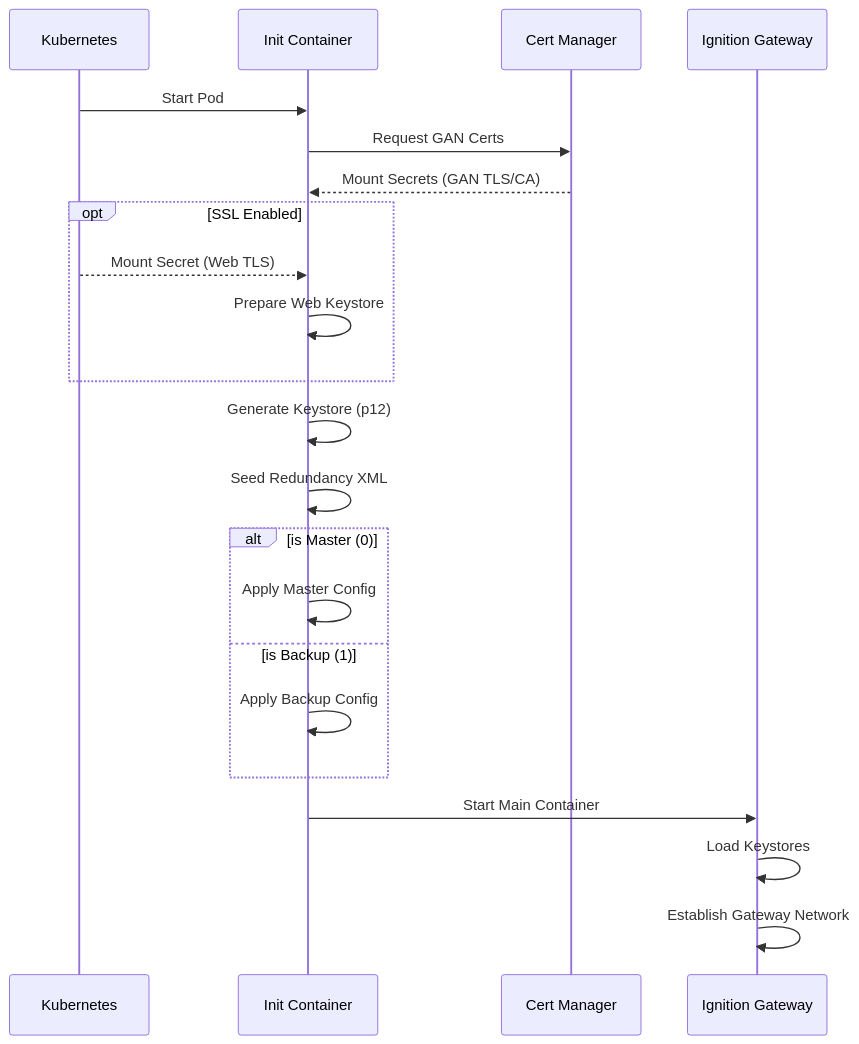
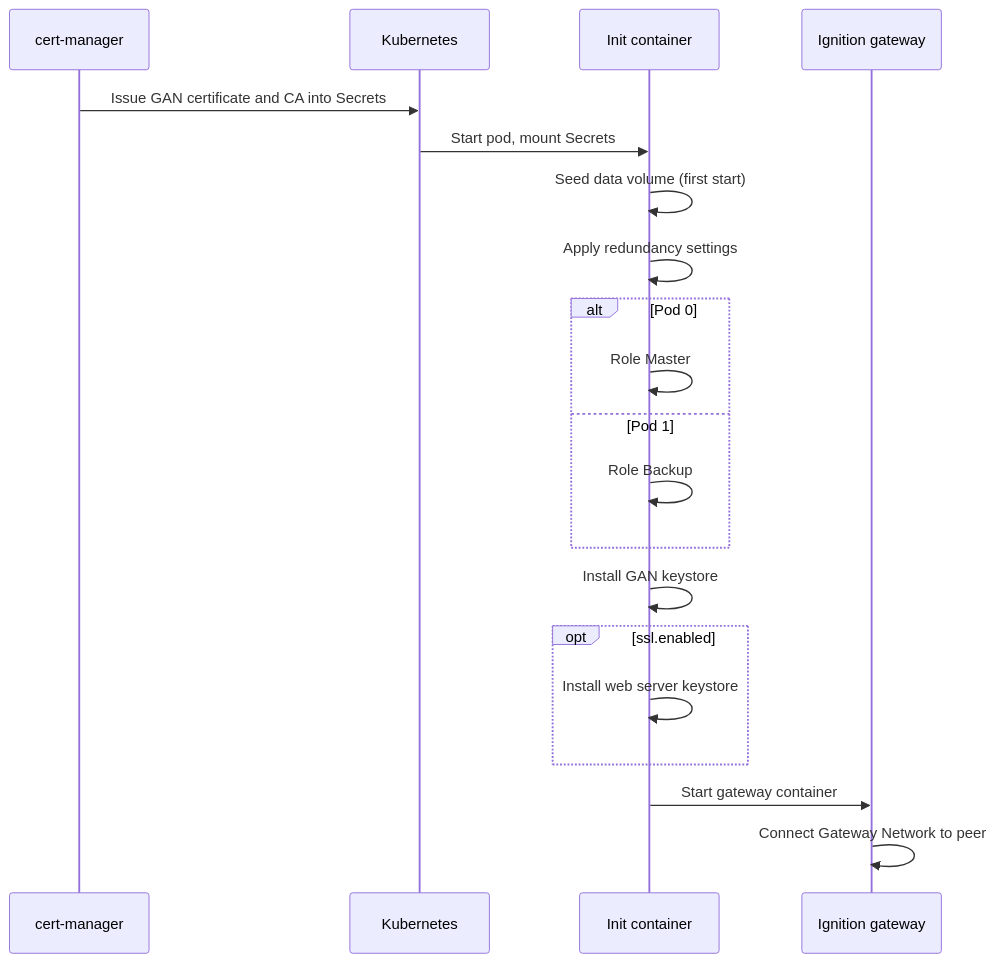
The diagram in webpage/src/content/docs/charts/failover.md (Apollogeddon/ignition-helm), drawn with Mermaid before and after one commit. The commit also changed other lines of this file and 24 other files, not shown here.

First line of the commit message:
docs: correct and tidy the README, chart docs, examples and site

````diff
--- a/webpage/src/content/docs/charts/failover.md
+++ b/webpage/src/content/docs/charts/failover.md
@@ -14,27 +14,23 @@
 ```mermaid
 sequenceDiagram
+    participant Certs as cert-manager
     participant K8s as Kubernetes
-    participant Init as Init Container
-    participant Certs as Cert Manager
-    participant Ignition as Ignition Gateway
-    
-    K8s->>Init: Start Pod
-    Init->>Certs: Request GAN Certs
-    Certs-->>Init: Mount Secrets (GAN TLS/CA)
-    opt SSL Enabled
-        K8s-->>Init: Mount Secret (Web TLS)
-        Init->>Init: Prepare Web Keystore
+    participant Init as Init container
+    participant Ignition as Ignition gateway
+
+    Certs->>K8s: Issue GAN certificate and CA into Secrets
+    K8s->>Init: Start pod, mount Secrets
+    Init->>Init: Seed data volume (first start)
+    Init->>Init: Apply redundancy settings
+    alt Pod 0
+        Init->>Init: Role Master
+    else Pod 1
+        Init->>Init: Role Backup
     end
-    Init->>Init: Generate Keystore (p12)
-    Init->>Init: Seed Redundancy XML
-    
-    alt is Master (0)
-        Init->>Init: Apply Master Config
-    else is Backup (1)
-        Init->>Init: Apply Backup Config
+    Init->>Init: Install GAN keystore
+    opt ssl.enabled
+        Init->>Init: Install web server keystore
     end
-    
-    Init->>Ignition: Start Main Container
-    Ignition->>Ignition: Load Keystores
-    Ignition->>Ignition: Establish Gateway Network
+    Init->>Ignition: Start gateway container
+    Ignition->>Ignition: Connect Gateway Network to peer
 ```
````
